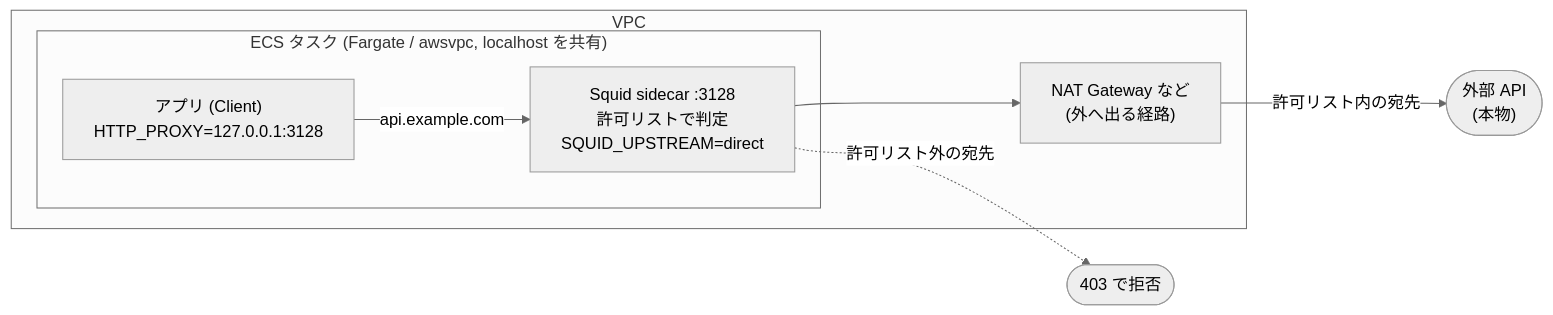
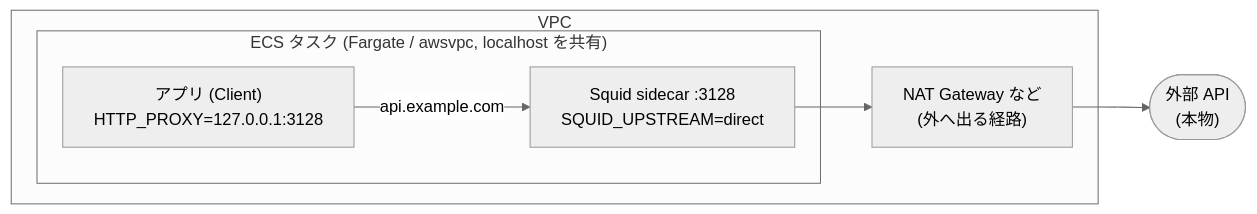
The third of 3 diagrams in README.md (satoshi256kbyte/squid-wiremock-sidecar), drawn with Mermaid (neutral theme) before and after one commit. The commit also changed other lines of this file, not shown here.

````diff
--- a/README.md
+++ b/README.md
@@ -79,14 +71,13 @@
 ```mermaid
 flowchart LR
   subgraph VPC["VPC"]
     subgraph Task["ECS タスク (Fargate / awsvpc, localhost を共有)"]
       App["アプリ (Client)<br/>HTTP_PROXY=127.0.0.1:3128"]
-      Squid["Squid sidecar :3128<br/>許可リストで判定<br/>SQUID_UPSTREAM=direct"]
+      Squid["Squid sidecar :3128<br/>SQUID_UPSTREAM=direct"]
       App -->|"api.example.com"| Squid
     end
     NAT["NAT Gateway など<br/>(外へ出る経路)"]
     Squid --> NAT
   end
-  NAT -->|"許可リスト内の宛先"| API(["外部 API<br/>(本物)"])
-  Squid -. "許可リスト外の宛先" .-> X(["403 で拒否"])
+  NAT --> API(["外部 API<br/>(本物)"])
 ```
````
